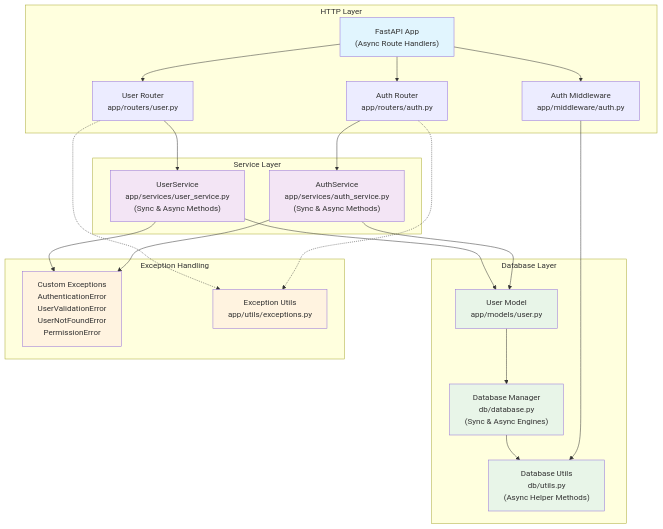
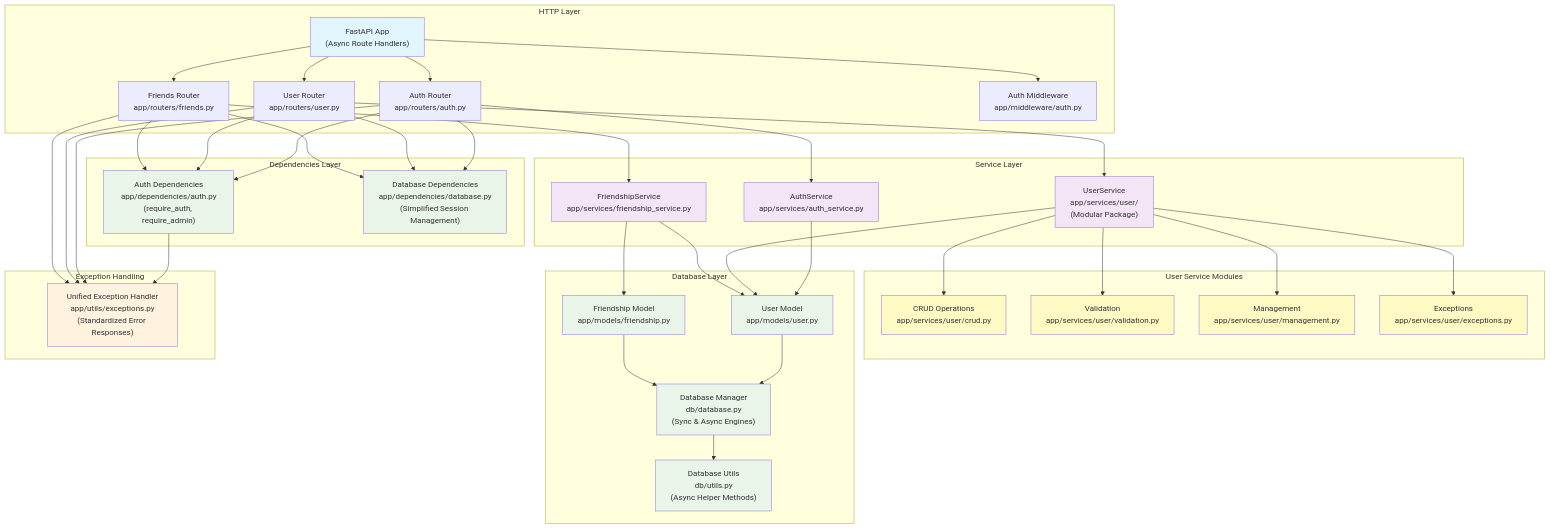
The diagram in README.md (cnap-tech/example-product), drawn with Mermaid before and after one commit. The commit also changed other lines of this file and 29 other files, not shown here.

````diff
--- a/README.md
+++ b/README.md
@@ -25,47 +27,83 @@
     subgraph "HTTP Layer"
         A["FastAPI App<br/>(Async Route Handlers)"] --> B["Auth Router<br/>app/routers/auth.py"]
         A --> C["User Router<br/>app/routers/user.py"]
-        A --> D["Auth Middleware<br/>app/middleware/auth.py"]
+        A --> D["Friends Router<br/>app/routers/friends.py"]
+        A --> E["Auth Middleware<br/>app/middleware/auth.py"]
+    end
+
+    subgraph "Dependencies Layer"
+        F["Auth Dependencies<br/>app/dependencies/auth.py<br/>(require_auth, require_admin)"]
+        G["Database Dependencies<br/>app/dependencies/database.py<br/>(Simplified Session Management)"]
     end
 
     subgraph "Service Layer"
-        E["AuthService<br/>app/services/auth_service.py<br/>(Sync & Async Methods)"]
-        F["UserService<br/>app/services/user_service.py<br/>(Sync & Async Methods)"]
+        H["AuthService<br/>app/services/auth_service.py"]
+        I["UserService<br/>app/services/user/<br/>(Modular Package)"]
+        J["FriendshipService<br/>app/services/friendship_service.py"]
+    end
+
+    subgraph "User Service Modules"
+        K["CRUD Operations<br/>app/services/user/crud.py"]
+        L["Validation<br/>app/services/user/validation.py"]
+        M["Management<br/>app/services/user/management.py"]
+        N["Exceptions<br/>app/services/user/exceptions.py"]
     end
 
     subgraph "Database Layer"
-        G["User Model<br/>app/models/user.py"]
-        H["Database Manager<br/>db/database.py<br/>(Sync & Async Engines)"]
-        I["Database Utils<br/>db/utils.py<br/>(Async Helper Methods)"]
+        O["User Model<br/>app/models/user.py"]
+        P["Friendship Model<br/>app/models/friendship.py"]
+        Q["Database Manager<br/>db/database.py<br/>(Sync & Async Engines)"]
+        R["Database Utils<br/>db/utils.py<br/>(Async Helper Methods)"]
     end
 
     subgraph "Exception Handling"
-        J["Custom Exceptions<br/>AuthenticationError<br/>UserValidationError<br/>UserNotFoundError<br/>PermissionError"]
-        K["Exception Utils<br/>app/utils/exceptions.py"]
+        S["Unified Exception Handler<br/>app/utils/exceptions.py<br/>(Standardized Error Responses)"]
     end
 
-    B --> E
+    B --> F
     C --> F
-    D --> I
+    D --> F
 
-    E --> G
-    F --> G
+    B --> G
+    C --> G
+    D --> G
 
-    G --> H
-    H --> I
+    B --> H
+    C --> I
+    D --> J
 
-    E --> J
-    F --> J
+    I --> K
+    I --> L
+    I --> M
+    I --> N
 
-    B -.-> K
-    C -.-> K
+    H --> O
+    I --> O
+    J --> O
+    J --> P
+
+    O --> Q
+    P --> Q
+    Q --> R
+
+    F --> S
+    B --> S
+    C --> S
+    D --> S
 
     style A fill:#e1f5fe
-    style E fill:#f3e5f5
-    style F fill:#f3e5f5
+    style F fill:#e8f5e8
     style G fill:#e8f5e8
-    style H fill:#e8f5e8
-    style I fill:#e8f5e8
-    style J fill:#fff3e0
-    style K fill:#fff3e0
+    style H fill:#f3e5f5
+    style I fill:#f3e5f5
+    style J fill:#f3e5f5
+    style K fill:#fff9c4
+    style L fill:#fff9c4
+    style M fill:#fff9c4
+    style N fill:#fff9c4
+    style O fill:#e8f5e8
+    style P fill:#e8f5e8
+    style Q fill:#e8f5e8
+    style R fill:#e8f5e8
+    style S fill:#fff3e0
 ```
````
